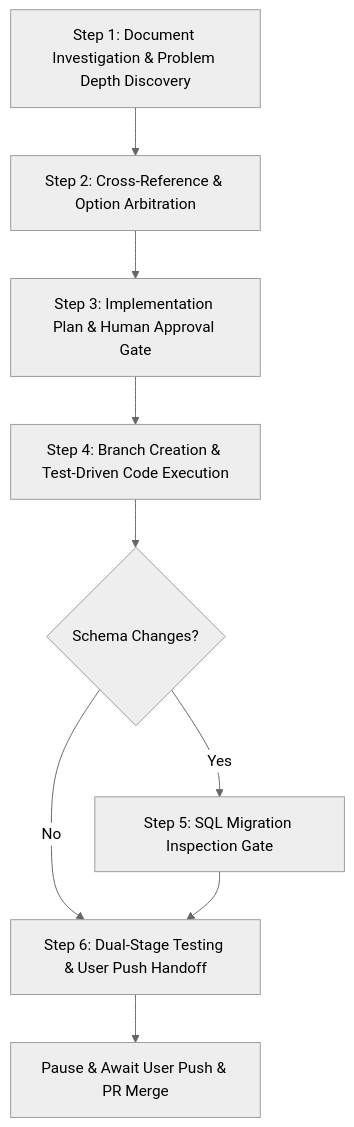
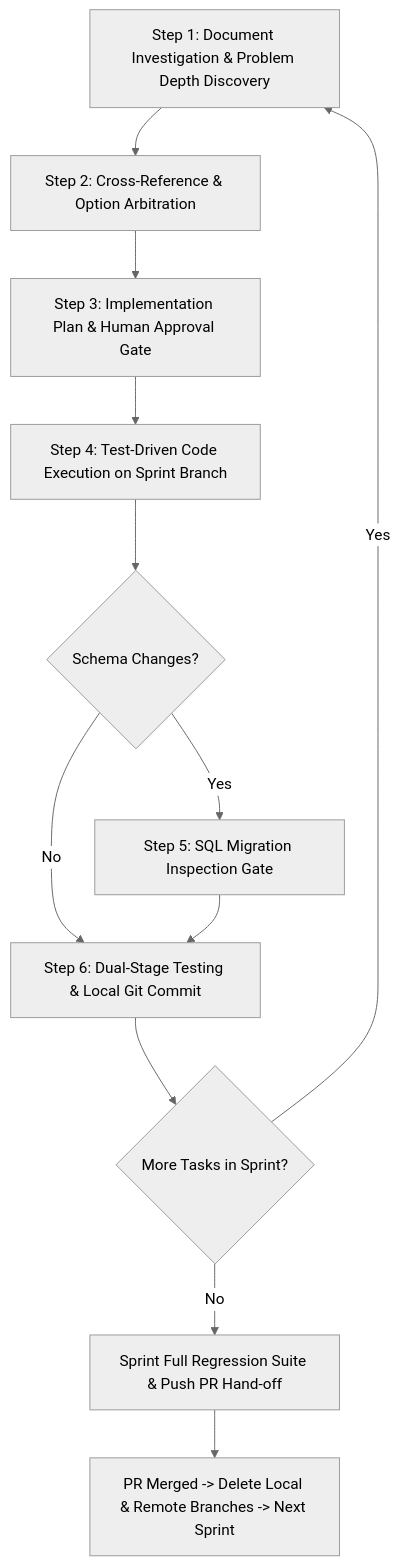
The diagram in backend/AGENTS.md (cooking336-1/Mage-Book-Mirror), drawn with Mermaid (neutral theme) before and after one commit. The commit also changed other lines of this file and 2 other files, not shown here.

Commit message:
docs(playbook): update workflow to sprint-by-sprint branching and universal local commit type discipline

````diff
--- a/backend/AGENTS.md
+++ b/backend/AGENTS.md
@@ -156,11 +192,14 @@
 ```mermaid
 flowchart TD
     A[Step 1: Document Investigation & Problem Depth Discovery] --> B[Step 2: Cross-Reference & Option Arbitration]
     B --> C[Step 3: Implementation Plan & Human Approval Gate]
-    C --> D[Step 4: Branch Creation & Test-Driven Code Execution]
+    C --> D[Step 4: Test-Driven Code Execution on Sprint Branch]
     D --> E{Schema Changes?}
     E -- Yes --> F[Step 5: SQL Migration Inspection Gate]
-    E -- No --> G[Step 6: Dual-Stage Testing & User Push Handoff]
+    E -- No --> G[Step 6: Dual-Stage Testing & Local Git Commit]
     F --> G
-    G --> H[Pause & Await User Push & PR Merge]
+    G --> H{More Tasks in Sprint?}
+    H -- Yes --> A
+    H -- No --> I[Sprint Full Regression Suite & Push PR Hand-off]
+    I --> J[PR Merged -> Delete Local & Remote Branches -> Next Sprint]
 ```
````
